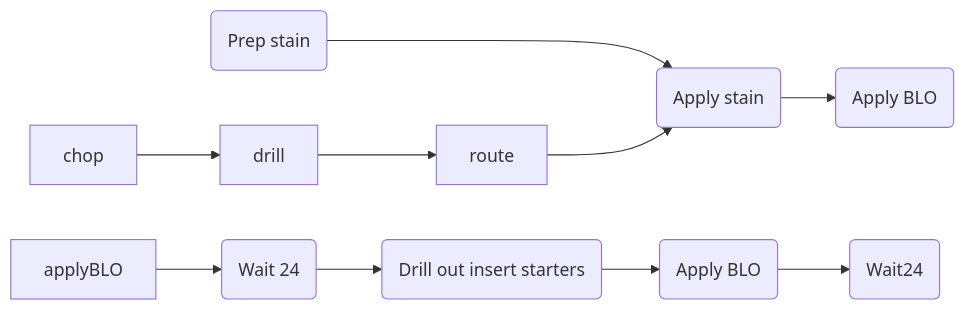
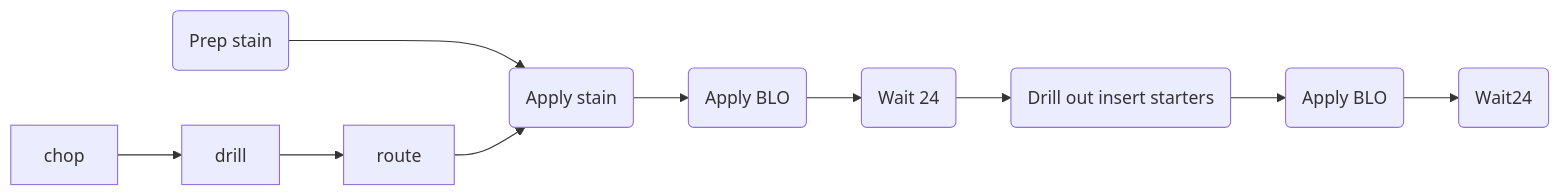
The diagram in README.md (frankburgs/wood), drawn with Mermaid before and after one commit.

````diff
--- a/README.md
+++ b/README.md
@@ -1,23 +1,23 @@
 ```mermaid
 
 flowchart LR
 
     id1(Prep stain) ---> id2(Apply stain)
     
     chop-->drill
     
     drill-->route
     
     route-->id2
     
     id2-->applyBLO1(Apply BLO)
     
-    applyBLO-->wait241(Wait 24)
+    applyBLO1-->wait241(Wait 24)
     
     wait241-->drillInserts(Drill out insert starters)
     
     drillInserts-->applyBLO2(Apply BLO)
     
     applyBLO2-->wait242(Wait24)
     
 ```
````
